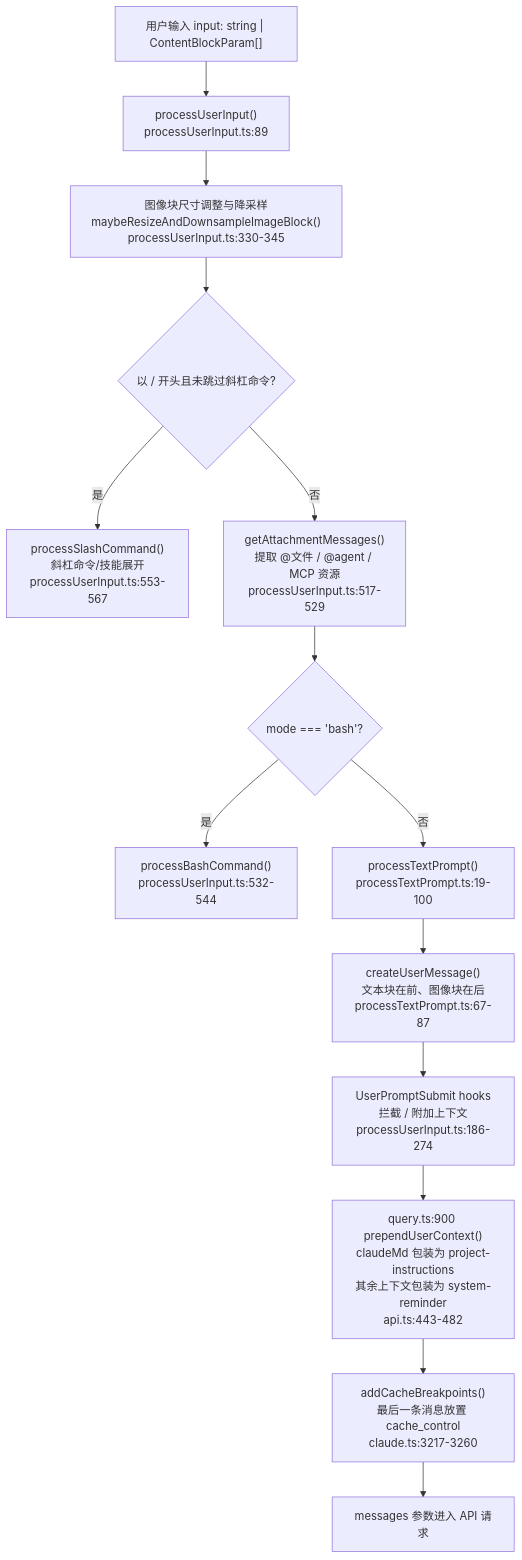
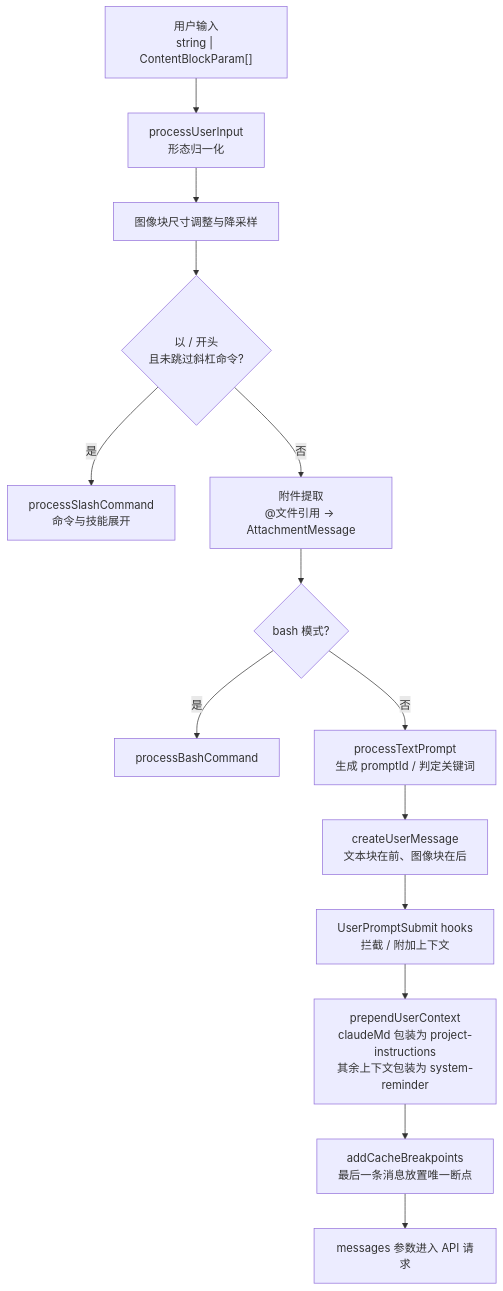
One commit to c926694/obsidian_note changed the third of 5 diagrams in agent/learn-cc/prompt.md. Above: the diagram before and after it, drawn with Mermaid. The commit also changed other lines of this file and 6 other files, not shown here.

````diff
--- a/agent/learn-cc/prompt.md
+++ b/agent/learn-cc/prompt.md
@@ -249,16 +207,16 @@
 ```mermaid
 flowchart TD
-    A["用户输入 input: string | ContentBlockParam[]"] --> B["processUserInput()<br/>processUserInput.ts:89"]
-    B --> C["图像块尺寸调整与降采样<br/>maybeResizeAndDownsampleImageBlock()<br/>processUserInput.ts:330-345"]
-    C --> D{"以 / 开头且未跳过斜杠命令?"}
-    D -->|是| E["processSlashCommand()<br/>斜杠命令/技能展开<br/>processUserInput.ts:553-567"]
-    D -->|否| F["getAttachmentMessages()<br/>提取 @文件 / @agent / MCP 资源<br/>processUserInput.ts:517-529"]
-    F --> G{"mode === 'bash'?"}
-    G -->|是| H["processBashCommand()<br/>processUserInput.ts:532-544"]
-    G -->|否| I["processTextPrompt()<br/>processTextPrompt.ts:19-100"]
-    I --> J["createUserMessage()<br/>文本块在前、图像块在后<br/>processTextPrompt.ts:67-87"]
-    J --> K["UserPromptSubmit hooks<br/>拦截 / 附加上下文<br/>processUserInput.ts:186-274"]
-    K --> L["query.ts:900 prependUserContext()<br/>claudeMd 包装为 project-instructions<br/>其余上下文包装为 system-reminder<br/>api.ts:443-482"]
-    L --> M["addCacheBreakpoints()<br/>最后一条消息放置 cache_control<br/>claude.ts:3217-3260"]
+    A["用户输入<br/>string | ContentBlockParam[]"] --> B["processUserInput<br/>形态归一化"]
+    B --> C["图像块尺寸调整与降采样"]
+    C --> D{"以 / 开头<br/>且未跳过斜杠命令?"}
+    D -->|是| E["processSlashCommand<br/>命令与技能展开"]
+    D -->|否| F["附件提取<br/>@文件引用 → AttachmentMessage"]
+    F --> G{"bash 模式?"}
+    G -->|是| H["processBashCommand"]
+    G -->|否| I["processTextPrompt<br/>生成 promptId / 判定关键词"]
+    I --> J["createUserMessage<br/>文本块在前、图像块在后"]
+    J --> K["UserPromptSubmit hooks<br/>拦截 / 附加上下文"]
+    K --> L["prependUserContext<br/>claudeMd 包装为 project-instructions<br/>其余上下文包装为 system-reminder"]
+    L --> M["addCacheBreakpoints<br/>最后一条消息放置唯一断点"]
     M --> N["messages 参数进入 API 请求"]
 ```
````
